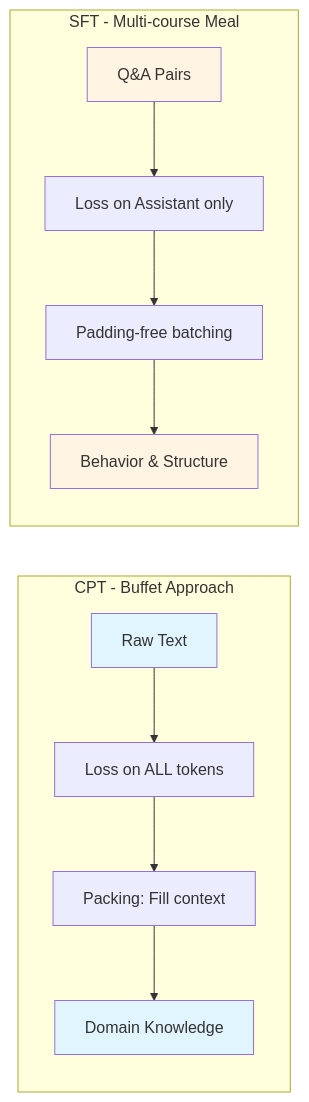
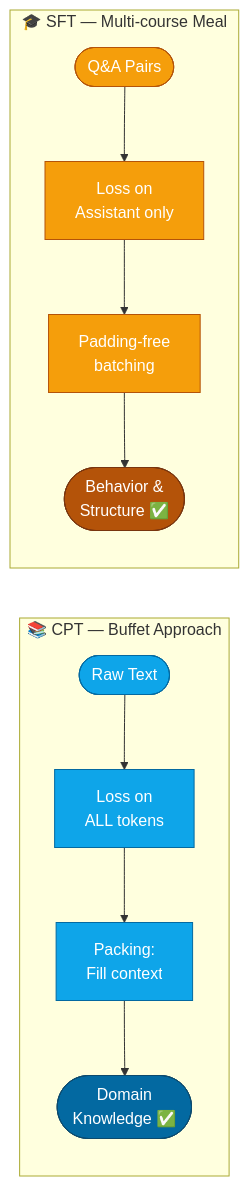
Before and after one commit to tripplen23/finetuning-sessions: the fourth of 7 diagrams in week1/CONTEXT.md, drawn with Mermaid. The commit also changed other lines of this file and 1 other file, not shown here.

Commit message:
update mermaid

````diff
--- a/week1/CONTEXT.md
+++ b/week1/CONTEXT.md
@@ -221,19 +214,23 @@
 ```mermaid
 graph LR
-    subgraph "CPT - Buffet Approach"
-        CPT1[Raw Text] --> CPT2[Loss on ALL tokens]
-        CPT2 --> CPT3[Packing: Fill context]
-        CPT3 --> CPT4[Domain Knowledge]
+    subgraph cpt["📚 CPT — Buffet Approach"]
+        CPT1(["Raw Text"]):::cptnode
+        CPT2["Loss on<br/>ALL tokens"]:::cptnode
+        CPT3["Packing:<br/>Fill context"]:::cptnode
+        CPT4(["Domain<br/>Knowledge ✅"]):::cptout
+        CPT1 --> CPT2 --> CPT3 --> CPT4
     end
-    
-    subgraph "SFT - Multi-course Meal"
-        SFT1[Q&A Pairs] --> SFT2[Loss on Assistant only]
-        SFT2 --> SFT3[Padding-free batching]
-        SFT3 --> SFT4[Behavior & Structure]
+
+    subgraph sft["🎓 SFT — Multi-course Meal"]
+        SFT1(["Q&A Pairs"]):::sftnode
+        SFT2["Loss on<br/>Assistant only"]:::sftnode
+        SFT3["Padding-free<br/>batching"]:::sftnode
+        SFT4(["Behavior &<br/>Structure ✅"]):::sftout
+        SFT1 --> SFT2 --> SFT3 --> SFT4
     end
-    
-    style CPT1 fill:#e1f5ff
-    style CPT4 fill:#e1f5ff
-    style SFT1 fill:#fff4e1
-    style SFT4 fill:#fff4e1
+
+    classDef cptnode fill:#0EA5E9,stroke:#0369A1,color:#fff
+    classDef cptout  fill:#0369A1,stroke:#0C4A6E,color:#fff
+    classDef sftnode fill:#F59E0B,stroke:#B45309,color:#fff
+    classDef sftout  fill:#B45309,stroke:#78350F,color:#fff
 ```
````
